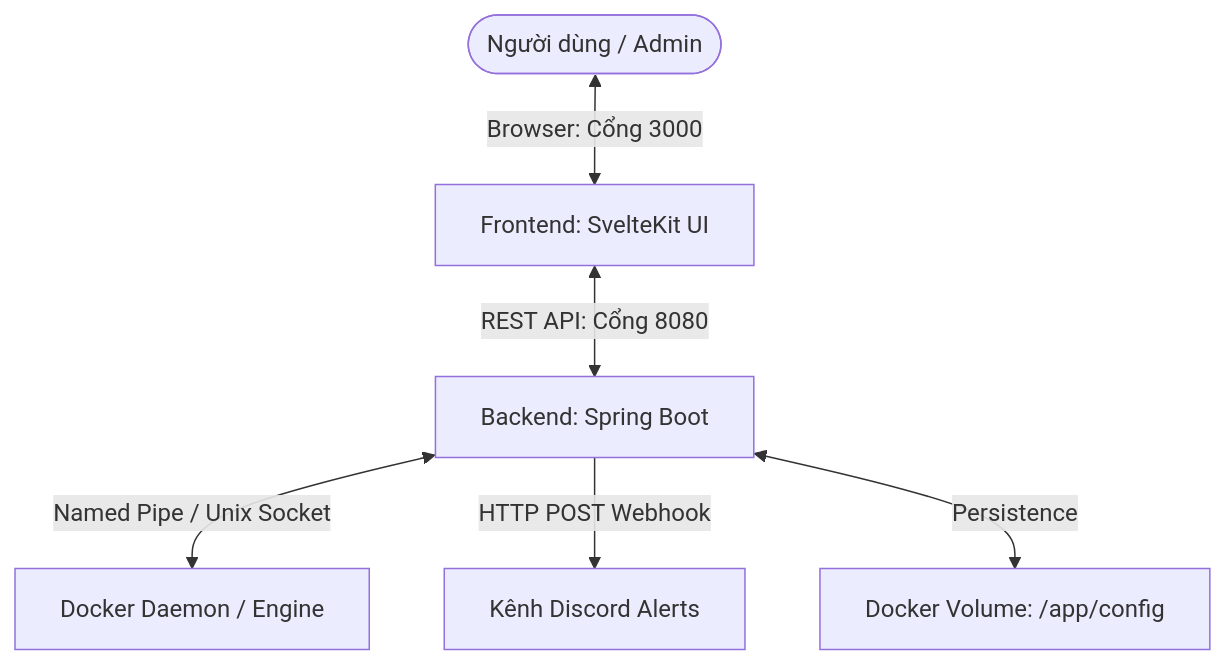
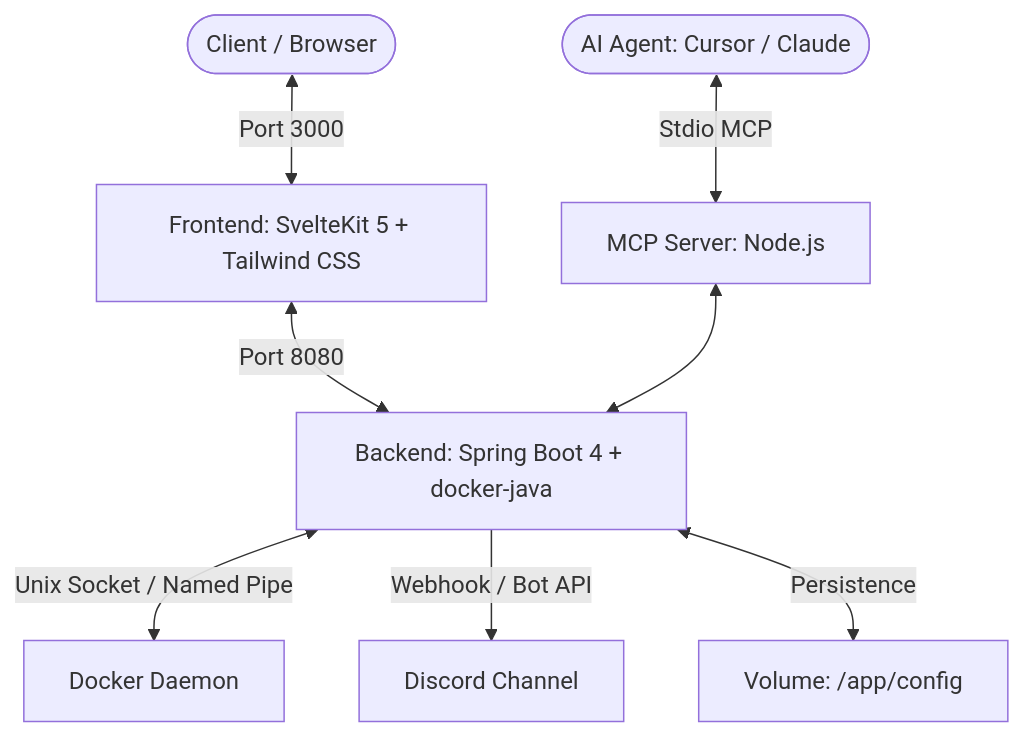
The diagram in README.md (kleitusOleny/Oleny-sentinel), drawn with Mermaid before and after one commit. The commit also changed other lines of this file, not shown here.

````diff
--- a/README.md
+++ b/README.md
@@ -57,8 +9,10 @@
 ```mermaid
 graph TD
-    User([Người dùng / Admin]) <-->|Browser: Cổng 3000| Frontend[Frontend: SvelteKit UI]
-    Frontend <-->|REST API: Cổng 8080| Backend[Backend: Spring Boot]
-    Backend <-->|Named Pipe / Unix Socket| Docker[Docker Daemon / Engine]
-    Backend -->|HTTP POST Webhook| Discord[Kênh Discord Alerts]
-    Backend <-->|Persistence| Volume[Docker Volume: /app/config]
+    User([Client / Browser]) <-->|Port 3000| Frontend[Frontend: SvelteKit 5 + Tailwind CSS]
+    Frontend <-->|Port 8080| Backend[Backend: Spring Boot 4 + docker-java]
+    Backend <-->|Unix Socket / Named Pipe| Docker[Docker Daemon]
+    Backend -->|Webhook / Bot API| Discord[Discord Channel]
+    Backend <-->|Persistence| Storage[Volume: /app/config]
+    AIAgent([AI Agent: Cursor / Claude]) <-->|Stdio MCP| MCPServer[MCP Server: Node.js]
+    MCPServer <--> Backend
 ```
````
